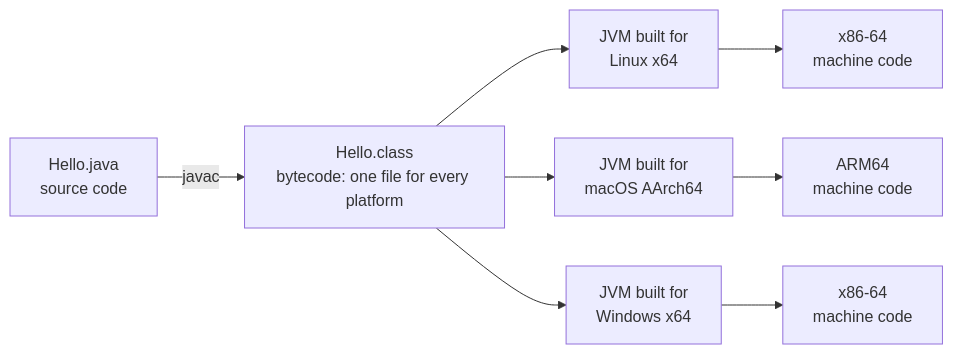
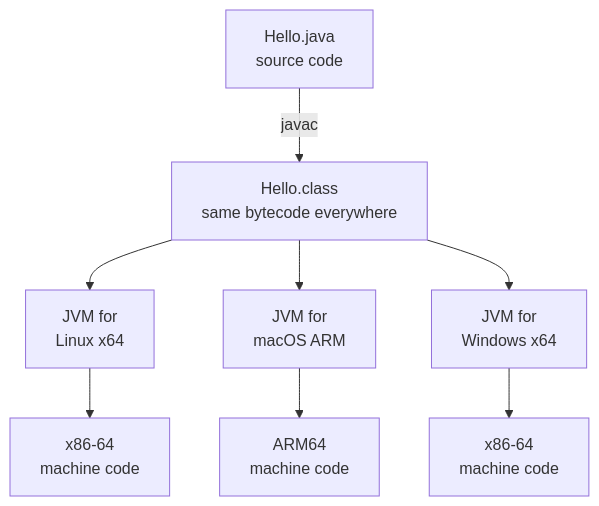
The first of 2 diagrams in website/src/content/docs/lessons/jdk-jre-jvm.mdx (Gaurvendra/Notes), drawn with Mermaid before and after one commit. The commit also changed 8 other files, not shown here.

````diff
--- a/website/src/content/docs/lessons/jdk-jre-jvm.mdx
+++ b/website/src/content/docs/lessons/jdk-jre-jvm.mdx
@@ -102,7 +102,7 @@
 ```mermaid
-flowchart LR
-  src["Hello.java<br/>source code"] -->|javac| bc["Hello.class<br/>bytecode: one file for every platform"]
-  bc --> j1["JVM built for<br/>Linux x64"] --> m1["x86-64<br/>machine code"]
-  bc --> j2["JVM built for<br/>macOS AArch64"] --> m2["ARM64<br/>machine code"]
-  bc --> j3["JVM built for<br/>Windows x64"] --> m3["x86-64<br/>machine code"]
+flowchart TB
+  src["Hello.java<br/>source code"] -->|javac| bc["Hello.class<br/>same bytecode everywhere"]
+  bc --> j1["JVM for<br/>Linux x64"] --> m1["x86-64<br/>machine code"]
+  bc --> j2["JVM for<br/>macOS ARM"] --> m2["ARM64<br/>machine code"]
+  bc --> j3["JVM for<br/>Windows x64"] --> m3["x86-64<br/>machine code"]
 ```
````
